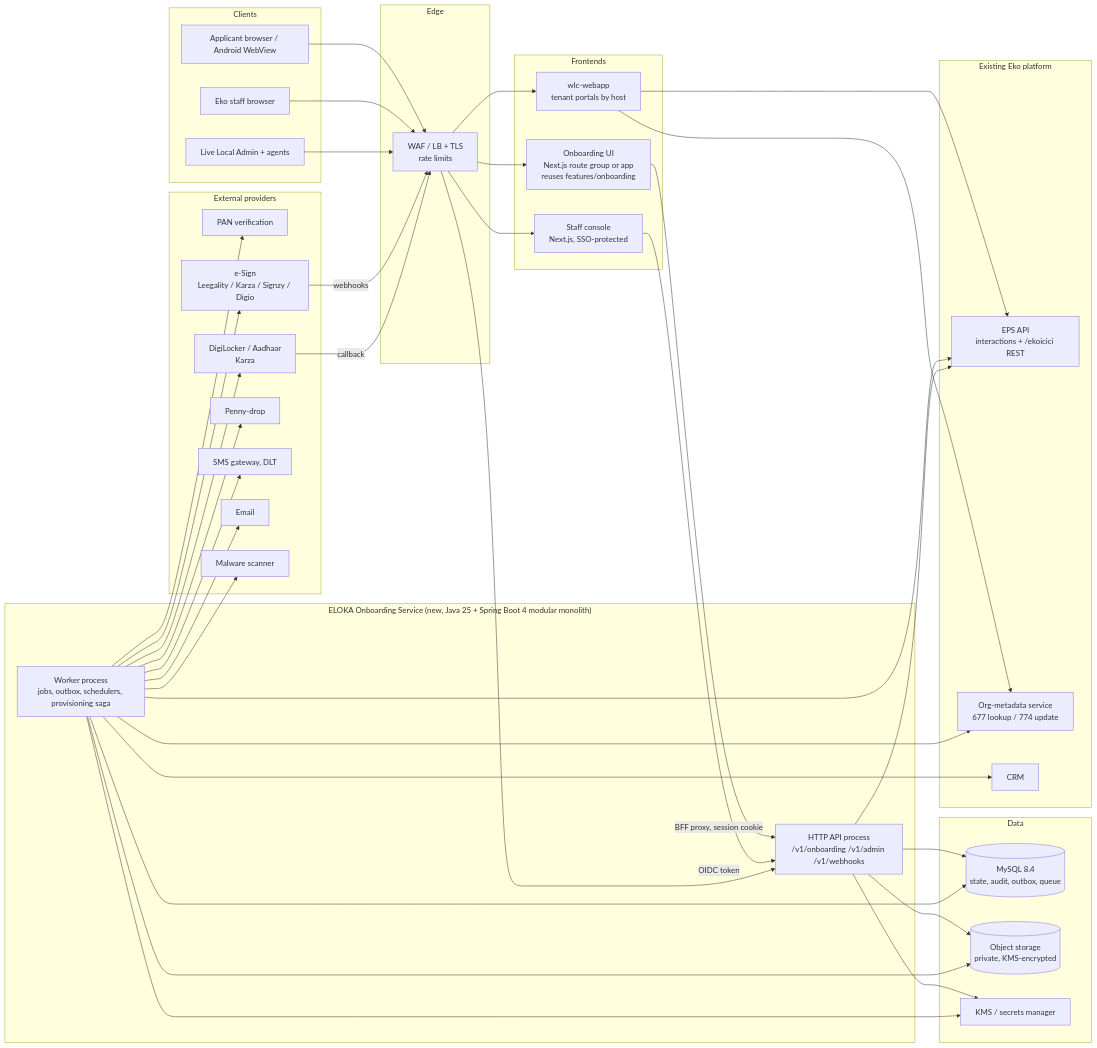
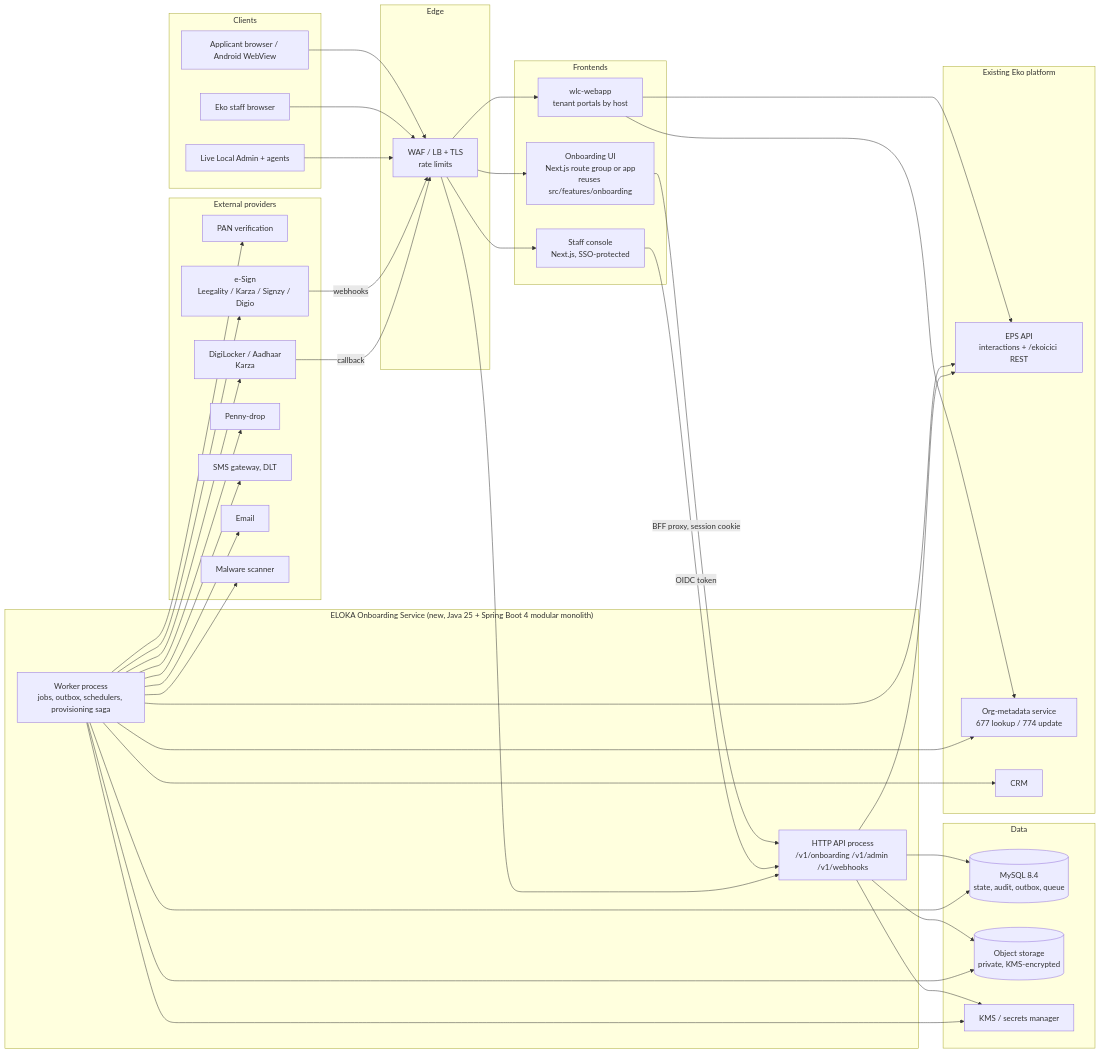
Before and after one commit to sourya-07/eloka: the first of 12 diagrams in docs/onboarding/ARCHITECTURE.md, drawn with Mermaid. The commit also changed other lines of this file and 2241 other files, not shown here.

First line of the commit message:
refactor(client): move the app into the standard src/ layout

````diff
--- a/docs/onboarding/ARCHITECTURE.md
+++ b/docs/onboarding/ARCHITECTURE.md
@@ -32,67 +32,67 @@
 ```mermaid
 flowchart LR
     subgraph Clients
         AP[Applicant browser / Android WebView]
         ST[Eko staff browser]
         LA[Live Local Admin + agents]
     end
 
     subgraph Edge
         WAF[WAF / LB + TLS<br/>rate limits]
     end
 
     subgraph Frontends
-        OBUI[Onboarding UI<br/>Next.js route group or app<br/>reuses features/onboarding]
+        OBUI[Onboarding UI<br/>Next.js route group or app<br/>reuses src/features/onboarding]
         STAFF[Staff console<br/>Next.js, SSO-protected]
         WLC[wlc-webapp<br/>tenant portals by host]
     end
 
     subgraph OnboardingService["ELOKA Onboarding Service (new, Java 25 + Spring Boot 4 modular monolith)"]
         API[HTTP API process<br/>/v1/onboarding /v1/admin /v1/webhooks]
         WRK[Worker process<br/>jobs, outbox, schedulers, provisioning saga]
     end
 
     subgraph Data
         PG[(MySQL 8.4<br/>state, audit, outbox, queue)]
         OBJ[(Object storage<br/>private, KMS-encrypted)]
         KMS[KMS / secrets manager]
     end
 
     subgraph Eko["Existing Eko platform"]
         EPS[EPS API<br/>interactions + /ekoicici REST]
         ORGMETA[Org-metadata service<br/>677 lookup / 774 update]
         CRM[CRM]
     end
 
     subgraph Providers["External providers"]
         PAN[PAN verification]
         DL[DigiLocker / Aadhaar<br/>Karza]
         ESG[e-Sign<br/>Leegality / Karza / Signzy / Digio]
         BANK[Penny-drop]
         SMS[SMS gateway, DLT]
         MAIL[Email]
         AV[Malware scanner]
     end
 
     AP --> WAF --> OBUI
     ST --> WAF --> STAFF
     LA --> WAF --> WLC
     OBUI -->|BFF proxy, session cookie| API
     STAFF -->|OIDC token| API
     WLC --> EPS
     WLC --> ORGMETA
     API --> PG
     WRK --> PG
     API --> OBJ
     WRK --> OBJ
     API --> KMS
     WRK --> KMS
     WRK --> EPS
     WRK --> ORGMETA
     WRK --> CRM
     API --> EPS
     WRK --> PAN & DL & ESG & BANK & SMS & MAIL
     WRK --> AV
     ESG -->|webhooks| WAF --> API
     DL -->|callback| WAF
 ```
````
